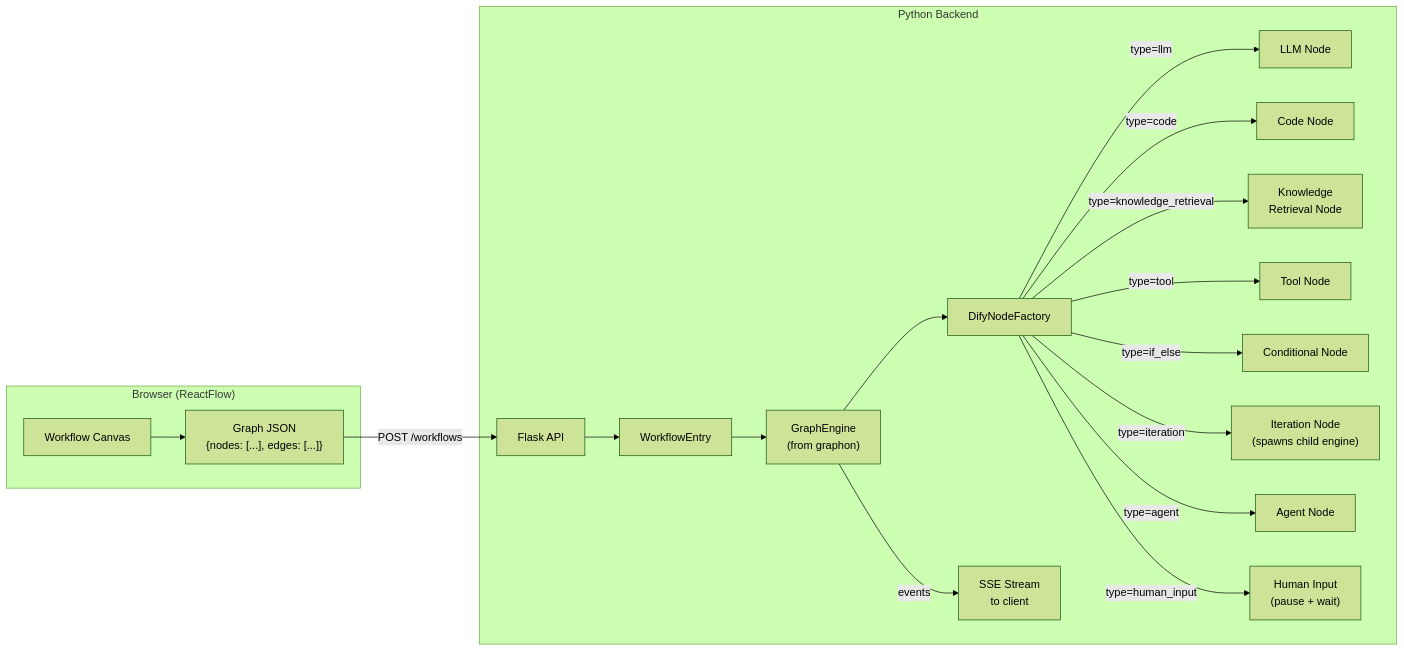
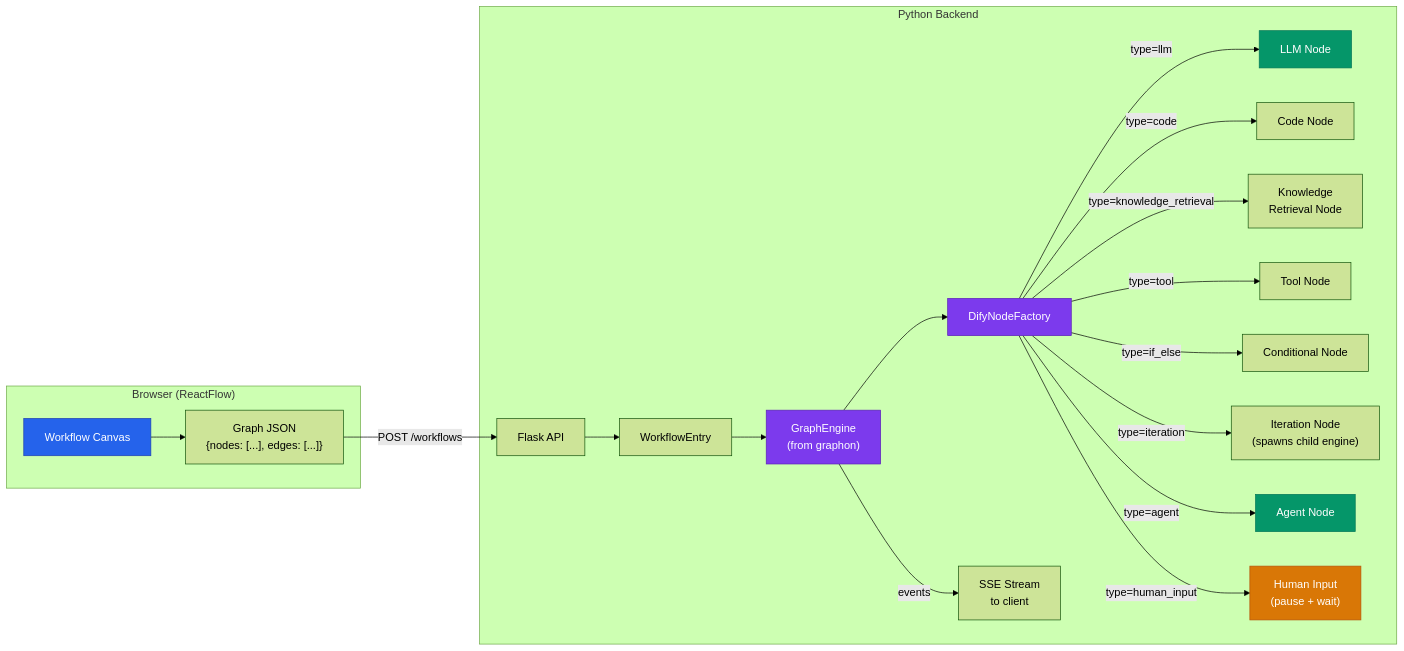
One commit to Codeblackbyshazzy/awesome-ai-anatomy changed the second of 3 diagrams in dify/README.md. Above: the diagram before and after it, drawn with Mermaid (forest theme). The commit also changed other lines of this file and 6 other files, not shown here.

Commit message:
feat: AIDA optimization — teardown titles, diagram styles, hooks

````diff
--- a/dify/README.md
+++ b/dify/README.md
@@ -140,25 +154,38 @@
 ```mermaid
 flowchart LR
     subgraph Frontend["Browser (ReactFlow)"]
         Canvas["Workflow Canvas"] --> JSON["Graph JSON\n{nodes: [...], edges: [...]}"]
     end
 
     JSON -->|POST /workflows| API["Flask API"]
 
     subgraph Backend["Python Backend"]
         API --> WE["WorkflowEntry"]
         WE --> GE["GraphEngine\n(from graphon)"]
         GE --> NF["DifyNodeFactory"]
 
         NF -->|type=llm| LLM["LLM Node"]
         NF -->|type=code| CODE["Code Node"]
         NF -->|type=knowledge_retrieval| KR["Knowledge\nRetrieval Node"]
         NF -->|type=tool| TOOL["Tool Node"]
         NF -->|type=if_else| IF["Conditional Node"]
         NF -->|type=iteration| ITER["Iteration Node\n(spawns child engine)"]
         NF -->|type=agent| AGENT["Agent Node"]
         NF -->|type=human_input| HI["Human Input\n(pause + wait)"]
 
         GE -->|events| SSE["SSE Stream\nto client"]
     end
+
+    classDef primary fill:#2563eb,stroke:#1e40af,color:#fff
+    classDef secondary fill:#7c3aed,stroke:#5b21b6,color:#fff
+    classDef accent fill:#059669,stroke:#047857,color:#fff
+    classDef warn fill:#d97706,stroke:#b45309,color:#fff
+    classDef neutral fill:#374151,stroke:#1f2937,color:#fff
+
+    class Canvas primary
+    class GE secondary
+    class NF secondary
+    class LLM accent
+    class AGENT accent
+    class HI warn
 ```
````
